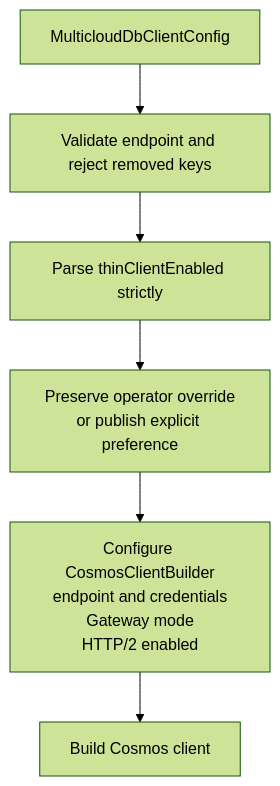
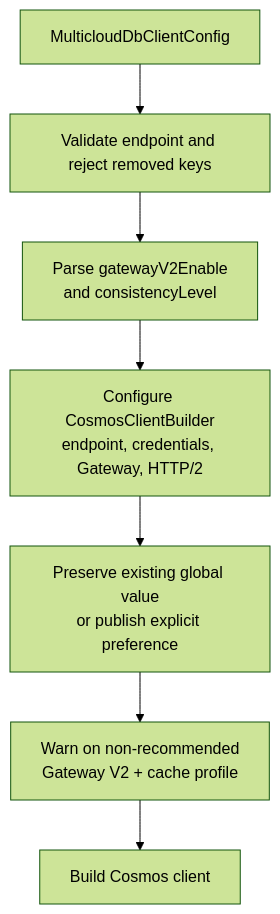
The third of 4 diagrams in specs/feat/cosmos-gateway-defaults/design.md (allenkim0129/multiclouddb-sdk-for-java), drawn with Mermaid (forest theme) before and after one commit. The commit also changed other lines of this file and 17 other files, not shown here.

First line of the commit message:
feat(cosmos): configure Gateway V2 profiles

````diff
--- a/specs/feat/cosmos-gateway-defaults/design.md
+++ b/specs/feat/cosmos-gateway-defaults/design.md
@@ -112,15 +147,17 @@
 ```mermaid
 flowchart TD
     Config["MulticloudDbClientConfig"]
     Validate["Validate endpoint and reject removed keys"]
-    Parse["Parse thinClientEnabled strictly"]
-    Resolve["Preserve operator override<br/>or publish explicit preference"]
-    Builder["Configure CosmosClientBuilder<br/>endpoint and credentials<br/>Gateway mode<br/>HTTP/2 enabled"]
+    Parse["Parse gatewayV2Enable<br/>and consistencyLevel"]
+    Profile["Warn on non-recommended<br/>Gateway V2 + cache profile"]
+    Builder["Configure CosmosClientBuilder<br/>endpoint, credentials, Gateway, HTTP/2"]
+    Resolve["Preserve existing global value<br/>or publish explicit preference"]
     Build["Build Cosmos client"]
 
     Config --> Validate
     Validate --> Parse
-    Parse --> Resolve
-    Resolve --> Builder
-    Builder --> Build
+    Parse --> Builder
+    Builder --> Resolve
+    Resolve --> Profile
+    Profile --> Build
 ```
````
